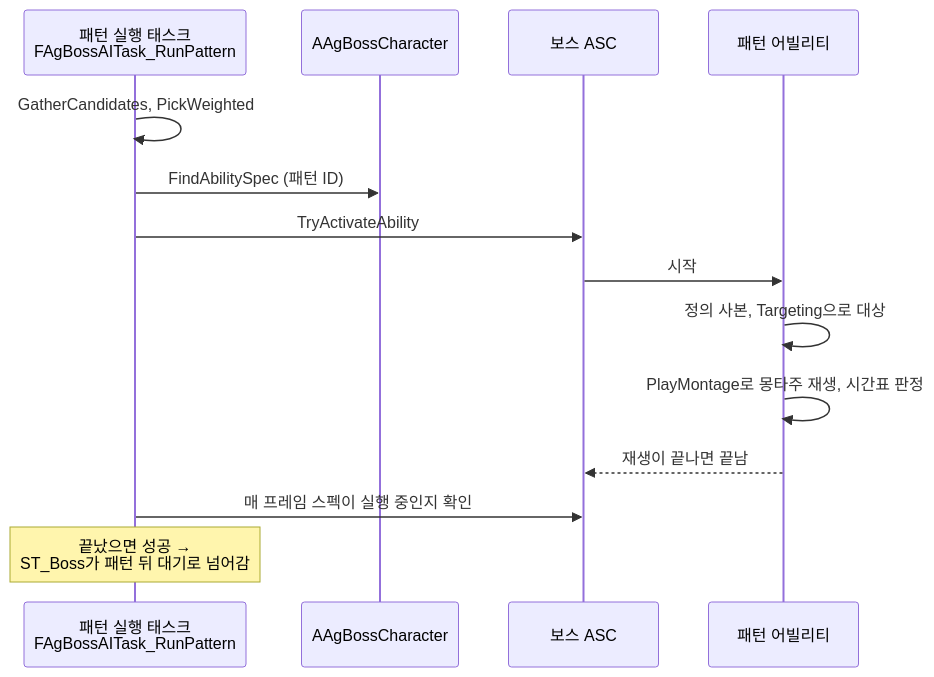
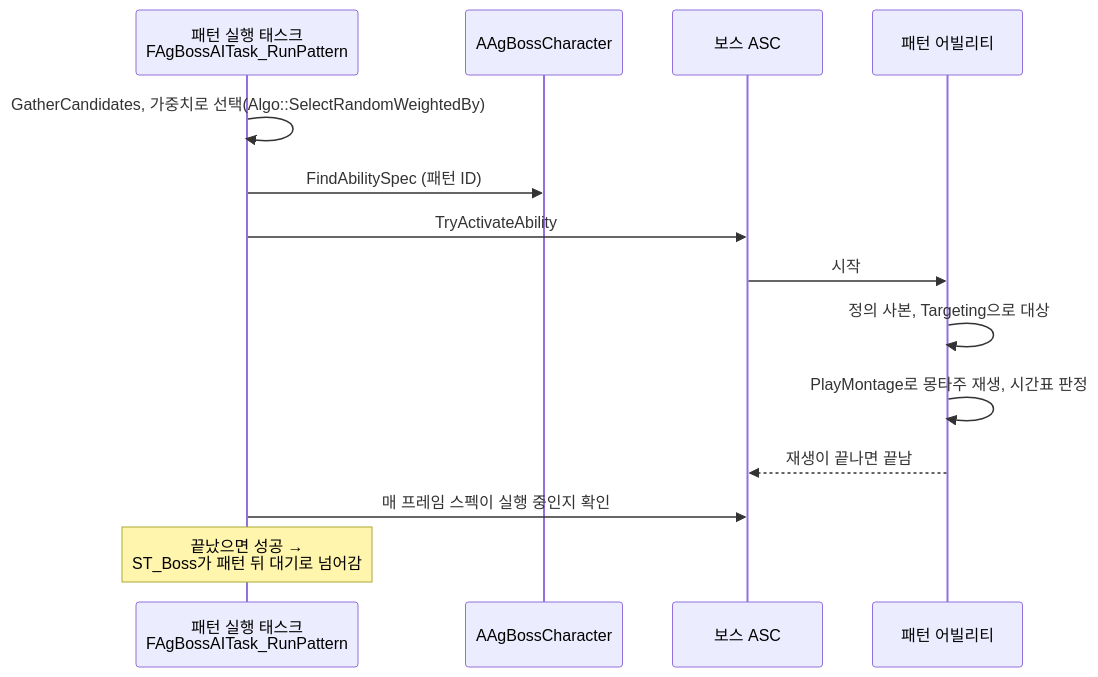
One commit to Woogl/Ag changed the third of 3 diagrams in Docs/Program/보스.md. Above: the diagram before and after it, drawn with Mermaid. The commit also changed other lines of this file and 34 other files, not shown here.

````diff
--- a/Docs/Program/보스.md
+++ b/Docs/Program/보스.md
@@ -100,16 +100,16 @@
 ```mermaid
 sequenceDiagram
     participant T as 패턴 실행 태스크<br>FAgBossAITask_RunPattern
     participant B as AAgBossCharacter
     participant ASC as 보스 ASC
     participant GA as 패턴 어빌리티
-    T->>T: GatherCandidates, PickWeighted
+    T->>T: GatherCandidates, 가중치로 선택(Algo::SelectRandomWeightedBy)
     T->>B: FindAbilitySpec (패턴 ID)
     T->>ASC: TryActivateAbility
     ASC->>GA: 시작
     GA->>GA: 정의 사본, Targeting으로 대상
     GA->>GA: PlayMontage로 몽타주 재생, 시간표 판정
     GA-->>ASC: 재생이 끝나면 끝남
     T->>ASC: 매 프레임 스펙이 실행 중인지 확인
     Note over T: 끝났으면 성공 →<br>ST_Boss가 패턴 뒤 대기로 넘어감
 ```
````
